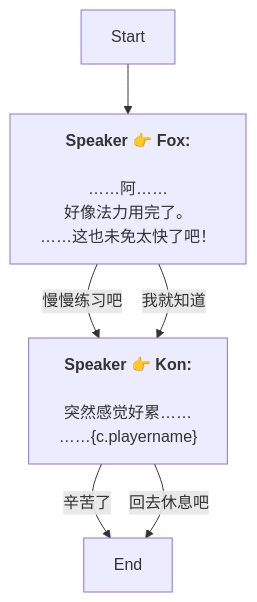
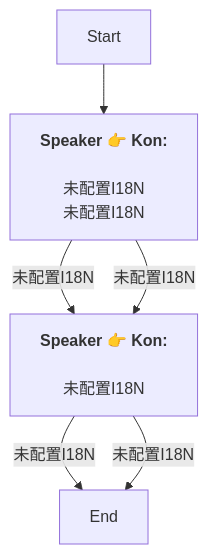
Before and after one commit to SoftHu/tos_avg: the diagram in Zh/QuestStartTalkENode_1764843102791930.md, drawn with Mermaid. The commit also changed 730 other files, not shown here.

````diff
--- a/Zh/QuestStartTalkENode_1764843102791930.md
+++ b/Zh/QuestStartTalkENode_1764843102791930.md
@@ -1,15 +1,12 @@
 ```mermaid
 graph
-Start -->1764843163038974[<b>Speaker 👉 Fox:</b>
-\n……阿……
-好像法力用完了。\n……这也未免太快了吧！]
-1764843163038974 -->|慢慢练习吧|1764843275170052[<b>Speaker 👉 Kon:</b>
-\n突然感觉好累……
-……&lbrace;c.playername&rbrace;]
-1764843163038974 -->|我就知道|1764843275170052[<b>Speaker 👉 Kon:</b>
-\n突然感觉好累……
-……&lbrace;c.playername&rbrace;]
-1764843275170052 -->|辛苦了|1764893393003223[End]
-1764843275170052 -->|回去休息吧|1764893393003223[End]
+Start -->1764843163038974[<b>Speaker 👉 Kon:</b>
+\n未配置I18N\n未配置I18N]
+1764843163038974 -->|未配置I18N|1764843275170052[<b>Speaker 👉 Kon:</b>
+\n未配置I18N]
+1764843163038974 -->|未配置I18N|1764843275170052[<b>Speaker 👉 Kon:</b>
+\n未配置I18N]
+1764843275170052 -->|未配置I18N|1764893393003223[End]
+1764843275170052 -->|未配置I18N|1764893393003223[End]
 
 ```
````
